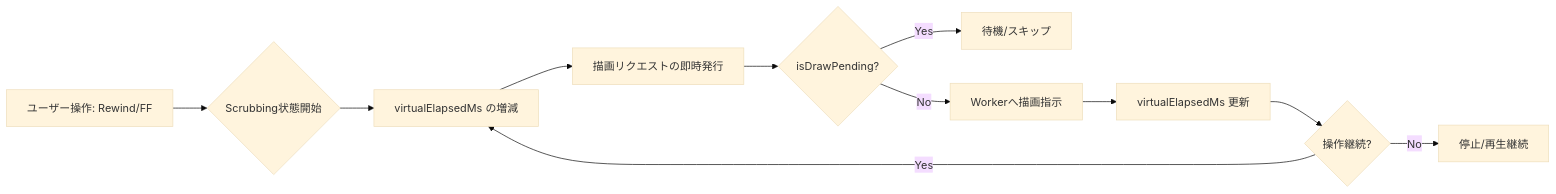
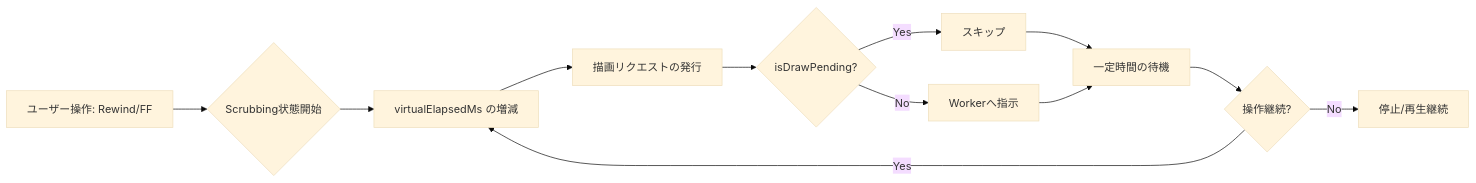
One commit to masanori-satake/QuickLog-Solo changed the eighth of 12 diagrams in docs/README_DEV.md. Above: the diagram before and after it, drawn with Mermaid (base theme).

Commit message:
docs: fix scrubbing flowchart in dev guide
- Corrected the loop logic to match the implementation in studio.js.
- Added explicit wait step and fixed path connections.

````diff
--- a/docs/README_DEV.md
+++ b/docs/README_DEV.md
@@ -326,13 +326,14 @@
 ```mermaid
 flowchart LR
     A[ユーザー操作: Rewind/FF] --> B{Scrubbing状態開始}
     B --> C[virtualElapsedMs の増減]
-    C --> D[描画リクエストの即時発行]
+    C --> D[描画リクエストの発行]
     D --> E{isDrawPending?}
-    E -- Yes --> F[待機/スキップ]
-    E -- No --> G[Workerへ描画指示]
-    G --> H[virtualElapsedMs 更新]
+    E -- Yes --> F[スキップ]
+    E -- No --> G[Workerへ指示]
+    F --> H[一定時間の待機]
+    G --> H
     H --> I{操作継続?}
     I -- Yes --> C
     I -- No --> J[停止/再生継続]
 ```
````
